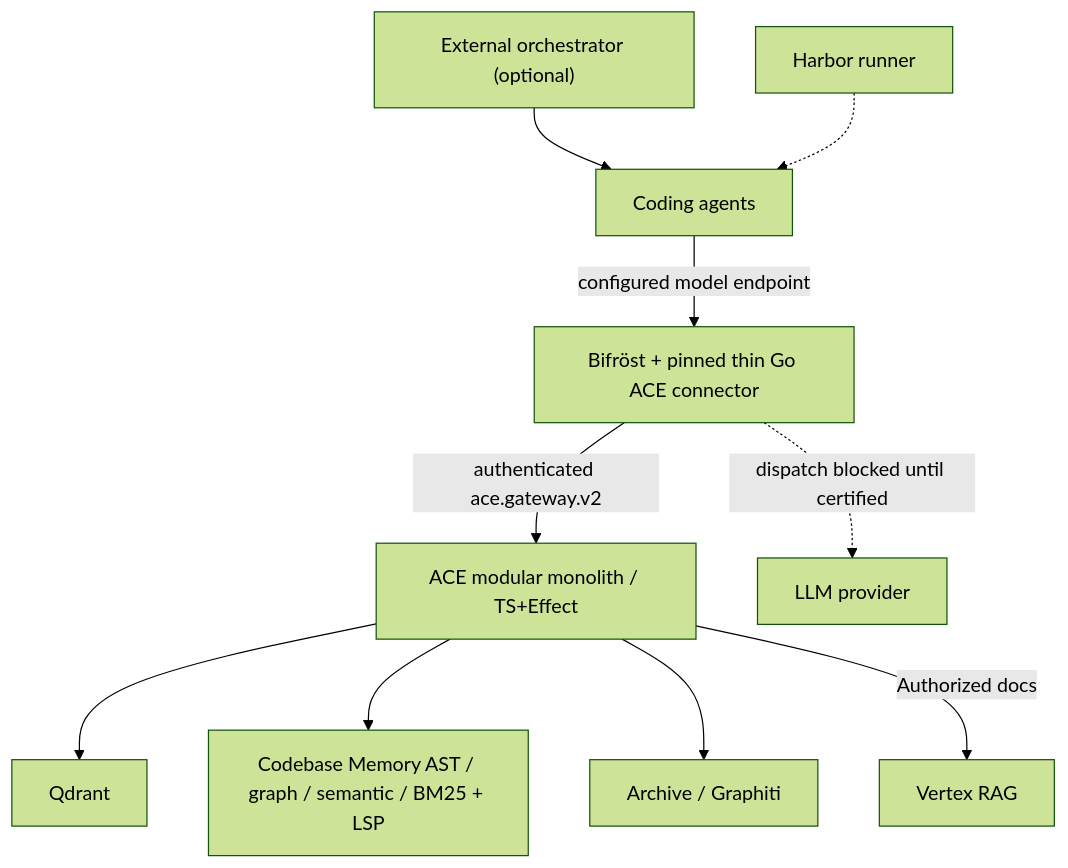
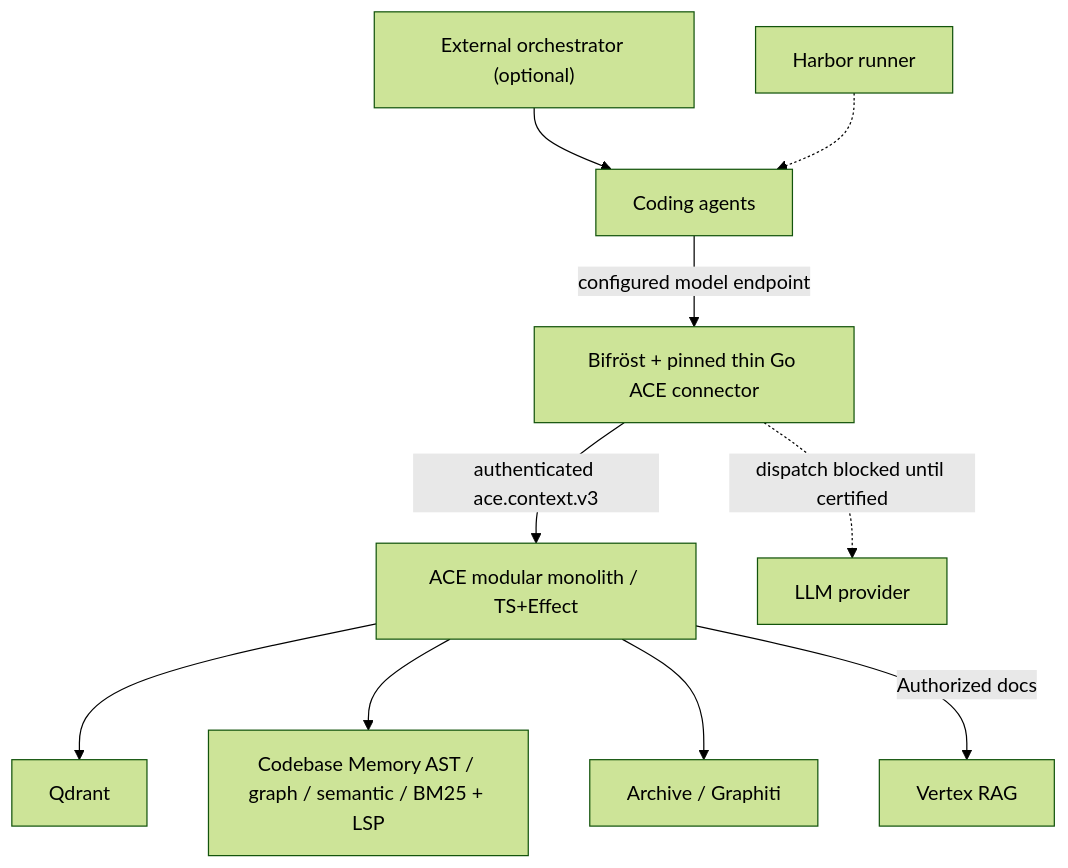
The diagram in docs/docs/architecture/05-contracts-and-deployment.md (chris-madsen/Hybrid-RAG), drawn with Mermaid (forest theme) before and after one commit. The commit also changed other lines of this file and 6 other files, not shown here.

Commit message:
docs(architecture): replace ACE Gateway diagrams with Bifröst hooks plus context RPC

````diff
--- a/docs/docs/architecture/05-contracts-and-deployment.md
+++ b/docs/docs/architecture/05-contracts-and-deployment.md
@@ -117,12 +117,12 @@
 ```mermaid
 flowchart TB
   LG["External orchestrator (optional)"] --> AG["Coding agents"]
   AG -->|"configured model endpoint"| BF["Bifröst + pinned thin Go ACE connector"]
-  BF -->|"authenticated ace.gateway.v2"| ACE["ACE modular monolith / TS+Effect"]
+  BF -->|"authenticated ace.context.v3"| ACE["ACE modular monolith / TS+Effect"]
   BF -.->|"dispatch blocked until certified"| LLM["LLM provider"]
   ACE --> Q["Qdrant"]
   ACE --> T["Codebase Memory AST / graph / semantic / BM25 + LSP"]
   ACE --> G["Archive / Graphiti"]
   ACE -->|"Authorized docs"| V["Vertex RAG"]
   H["Harbor runner"] -.-> AG
 ```
````
